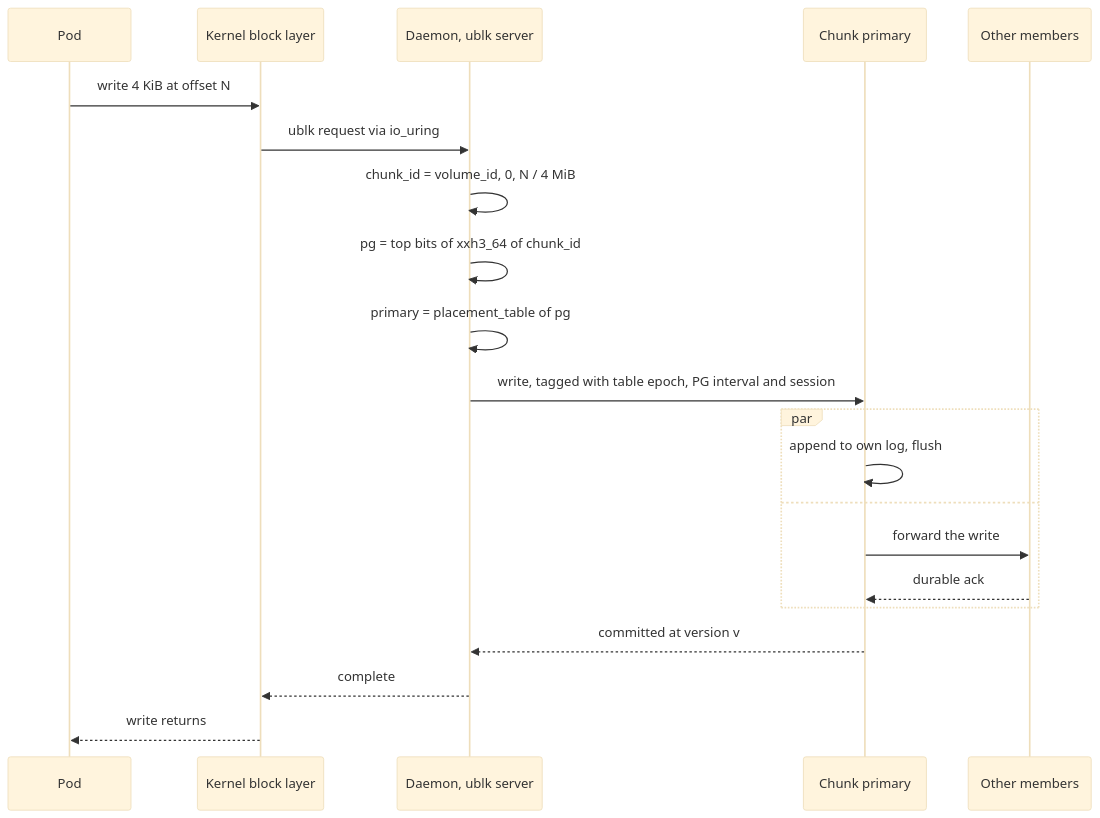
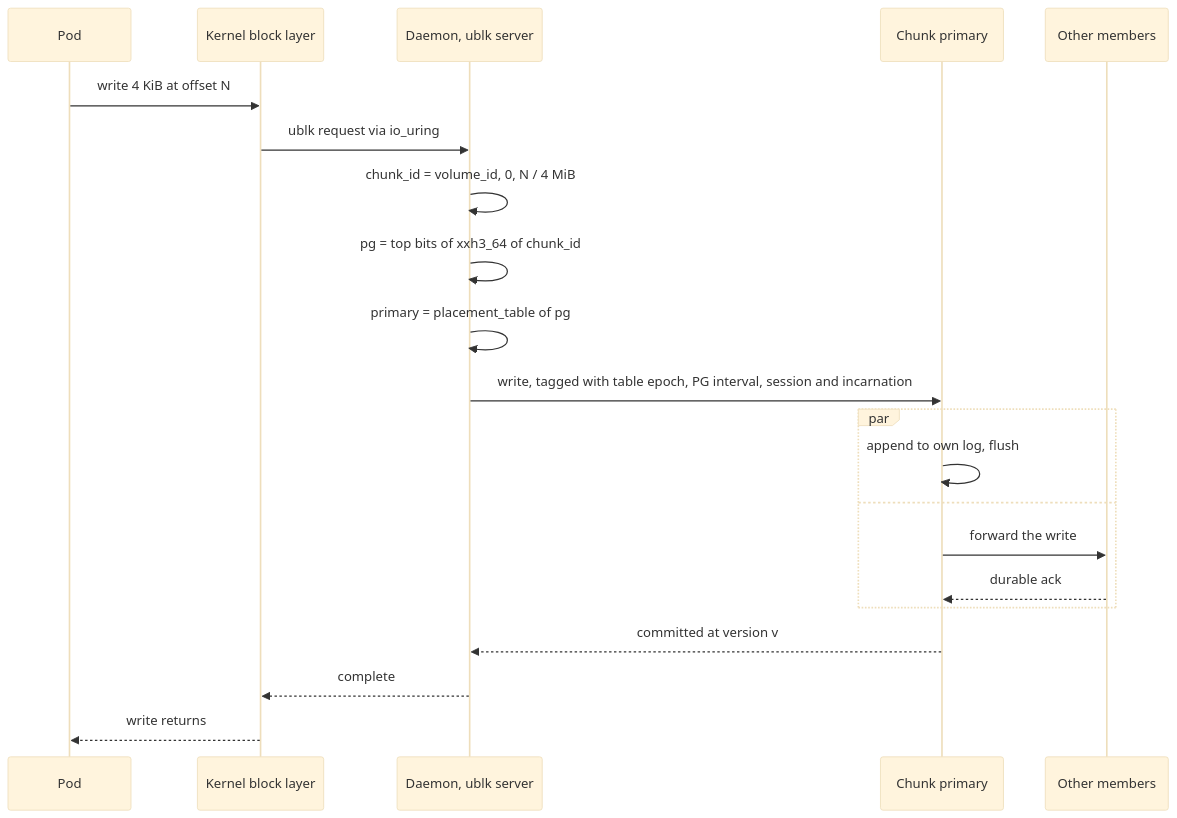
The first of 4 diagrams in blogs/10-block-snapshots-and-clones.md (nvcnvn/rock-solid), drawn with Mermaid (base theme) before and after one commit. The commit also changed other lines of this file and 12 other files, not shown here.

````diff
--- a/blogs/10-block-snapshots-and-clones.md
+++ b/blogs/10-block-snapshots-and-clones.md
@@ -122,23 +122,23 @@
 ```mermaid
 sequenceDiagram
     participant P as Pod
     participant K as Kernel block layer
     participant D as Daemon, ublk server
     participant PR as Chunk primary
     participant R as Other members
     P->>K: write 4 KiB at offset N
     K->>D: ublk request via io_uring
     D->>D: chunk_id = volume_id, 0, N / 4 MiB
     D->>D: pg = top bits of xxh3_64 of chunk_id
     D->>D: primary = placement_table of pg
-    D->>PR: write, tagged with table epoch, PG interval and session
+    D->>PR: write, tagged with table epoch, PG interval, session and incarnation
     par
         PR->>PR: append to own log, flush
     and
         PR->>R: forward the write
         R-->>PR: durable ack
     end
     PR-->>D: committed at version v
     D-->>K: complete
     K-->>P: write returns
 ```
````
